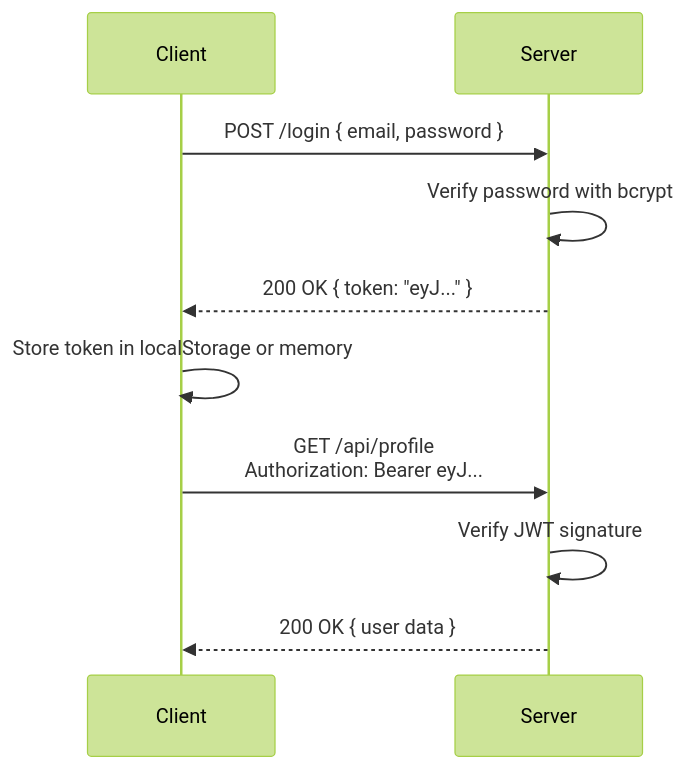
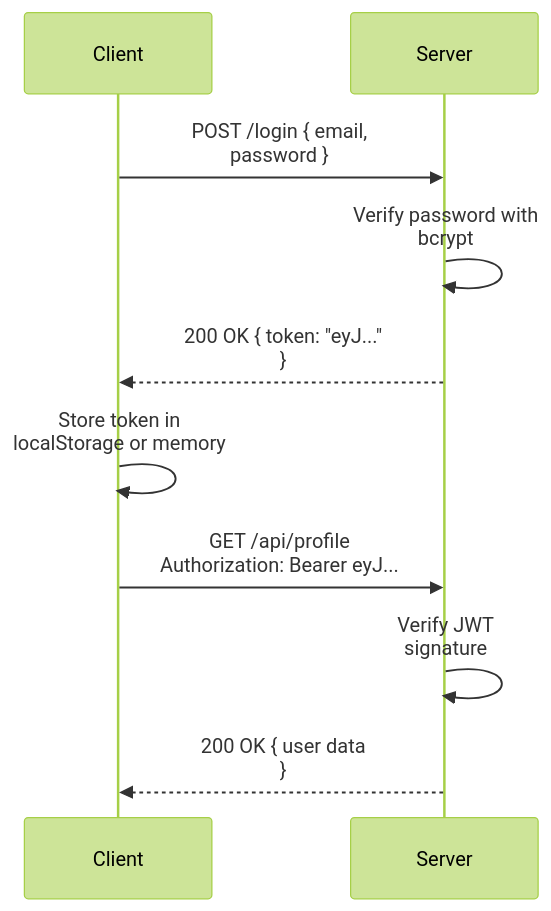
The diagram in 02-Semester-VI/CS-353-MJ-T-Web-Technology-II/Interview-Prep.md (amitdevx/TY), drawn with Mermaid (forest theme) before and after one commit. The commit also changed 65 other files, not shown here.

Commit message:
fix:graph vertical

````diff
--- a/02-Semester-VI/CS-353-MJ-T-Web-Technology-II/Interview-Prep.md
+++ b/02-Semester-VI/CS-353-MJ-T-Web-Technology-II/Interview-Prep.md
@@ -274,12 +274,12 @@
 ```mermaid
 sequenceDiagram
     participant Client
     participant Server
-    Client->>Server: POST /login { email, password }
-    Server->>Server: Verify password with bcrypt
-    Server-->>Client: 200 OK { token: "eyJ..." }
-    Client->>Client: Store token in localStorage or memory
+    Client->>Server: POST /login { email,<br/>password }
+    Server->>Server: Verify password with<br/>bcrypt
+    Server-->>Client: 200 OK { token: "eyJ..."<br/>}
+    Client->>Client: Store token in<br/>localStorage or memory
     Client->>Server: GET /api/profile<br/>Authorization: Bearer eyJ...
-    Server->>Server: Verify JWT signature
-    Server-->>Client: 200 OK { user data }
+    Server->>Server: Verify JWT<br/>signature
+    Server-->>Client: 200 OK { user data<br/>}
 ```
````
